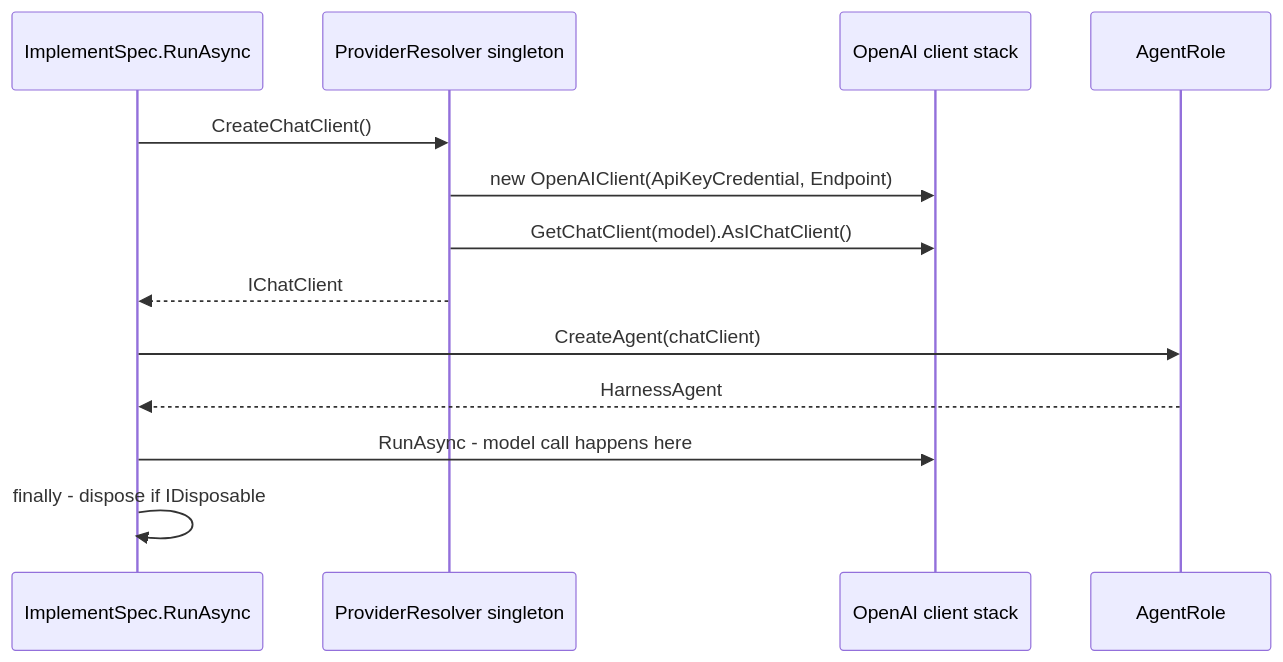
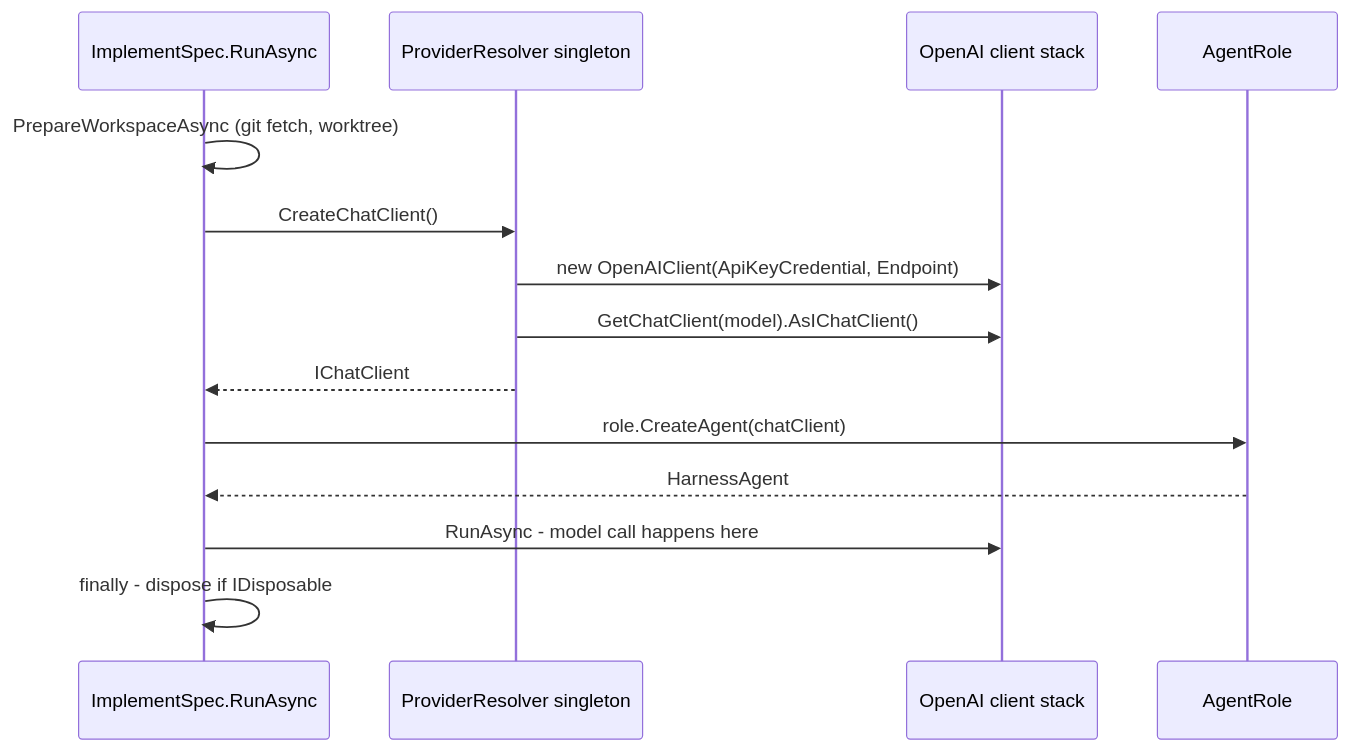
Before and after one commit to ToufiqSenpai/sebastian: the second of 2 diagrams in openwiki/concepts/model-providers.md, drawn with Mermaid. The commit also changed other lines of this file and 37 other files, not shown here.

````diff
--- a/openwiki/concepts/model-providers.md
+++ b/openwiki/concepts/model-providers.md
@@ -132,15 +172,16 @@
 ```mermaid
 sequenceDiagram
     participant JOB as ImplementSpec.RunAsync
     participant PR as ProviderResolver singleton
     participant SDK as OpenAI client stack
     participant ROLE as AgentRole
+    JOB->>JOB: PrepareWorkspaceAsync (git fetch, worktree)
     JOB->>PR: CreateChatClient()
     PR->>SDK: new OpenAIClient(ApiKeyCredential, Endpoint)
     PR->>SDK: GetChatClient(model).AsIChatClient()
     PR-->>JOB: IChatClient
-    JOB->>ROLE: CreateAgent(chatClient)
+    JOB->>ROLE: role.CreateAgent(chatClient)
     ROLE-->>JOB: HarnessAgent
     JOB->>SDK: RunAsync - model call happens here
     JOB->>JOB: finally - dispose if IDisposable
 ```
````
